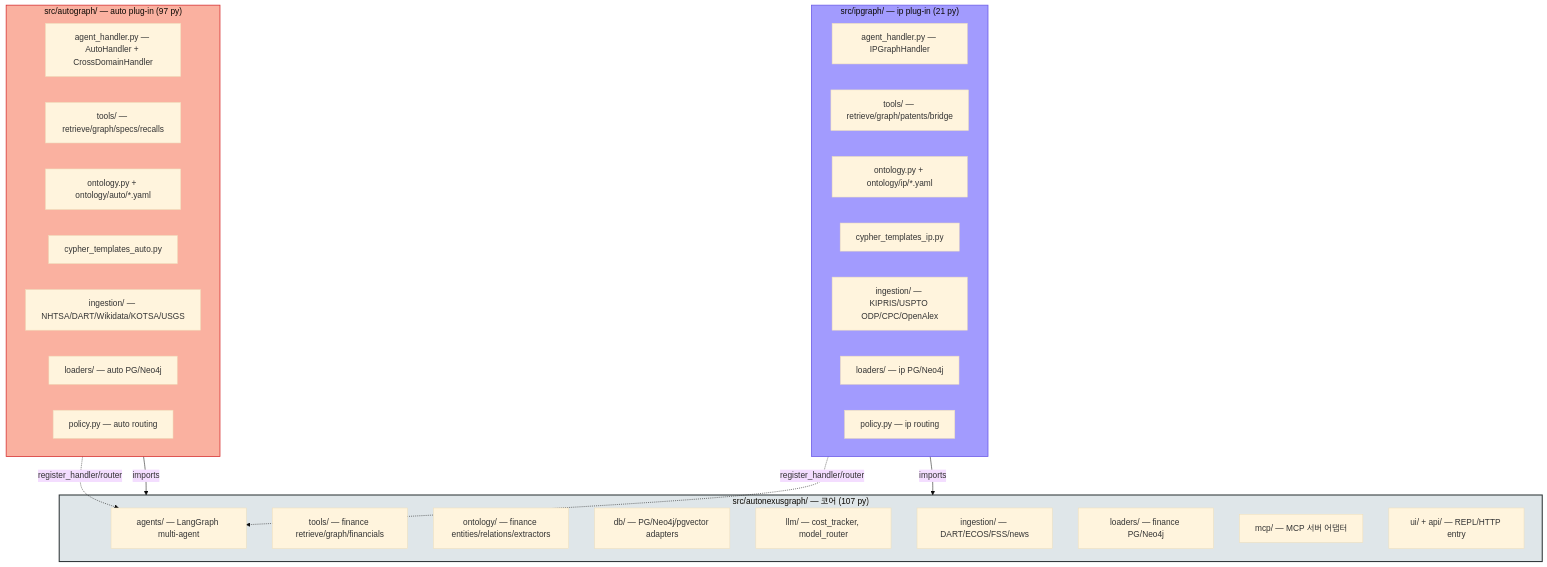
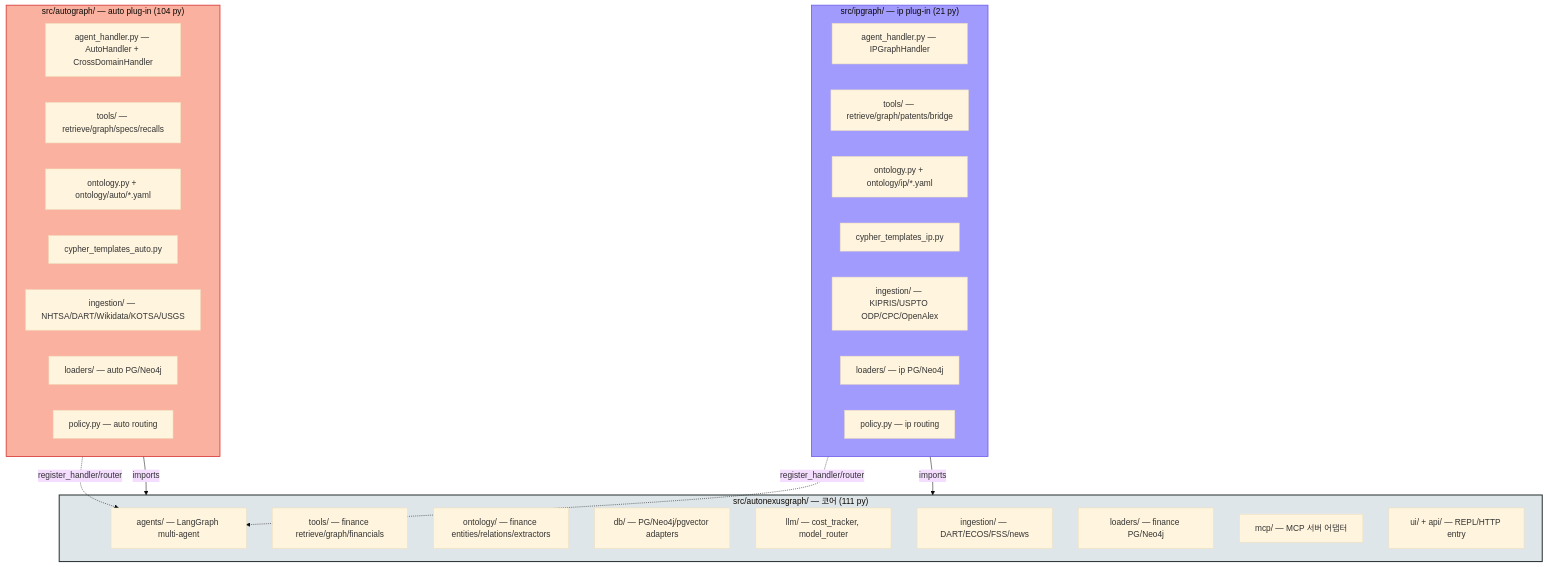
Before and after one commit to areumsim/AutoNexusGraph: the first of 3 diagrams in docs/architecture.md, drawn with Mermaid (base theme). The commit also changed other lines of this file and 8 other files, not shown here.

````diff
--- a/docs/architecture.md
+++ b/docs/architecture.md
@@ -40,46 +42,46 @@
 ```mermaid
 flowchart TD
-    subgraph Core["src/autonexusgraph/ — 코어 (107 py)"]
+    subgraph Core["src/autonexusgraph/ — 코어 (111 py)"]
         AG[agents/ — LangGraph multi-agent]
         TL[tools/ — finance retrieve/graph/financials]
         ON[ontology/ — finance entities/relations/extractors]
         DB[db/ — PG/Neo4j/pgvector adapters]
         LLM[llm/ — cost_tracker, model_router]
         IN[ingestion/ — DART/ECOS/FSS/news]
         LO[loaders/ — finance PG/Neo4j]
         MCP[mcp/ — MCP 서버 어댑터]
         UI[ui/ + api/ — REPL/HTTP entry]
     end
 
-    subgraph Auto["src/autograph/ — auto plug-in (97 py)"]
+    subgraph Auto["src/autograph/ — auto plug-in (104 py)"]
         AH[agent_handler.py — AutoHandler + CrossDomainHandler]
         AT[tools/ — retrieve/graph/specs/recalls]
         AON[ontology.py + ontology/auto/*.yaml]
         AC[cypher_templates_auto.py]
         AI[ingestion/ — NHTSA/DART/Wikidata/KOTSA/USGS]
         AL[loaders/ — auto PG/Neo4j]
         AP[policy.py — auto routing]
     end
 
     subgraph IP["src/ipgraph/ — ip plug-in (21 py)"]
         IH[agent_handler.py — IPGraphHandler]
         IT[tools/ — retrieve/graph/patents/bridge]
         ION[ontology.py + ontology/ip/*.yaml]
         IC[cypher_templates_ip.py]
         II[ingestion/ — KIPRIS/USPTO ODP/CPC/OpenAlex]
         IL[loaders/ — ip PG/Neo4j]
         IP_P[policy.py — ip routing]
     end
 
     Auto -. register_handler/router .-> AG
     IP -. register_handler/router .-> AG
     Auto -->|imports| Core
     IP -->|imports| Core
 
     classDef coreStyle fill:#dfe6e9,stroke:#2d3436,stroke-width:2px
     classDef autoStyle fill:#fab1a0,stroke:#d63031,stroke-width:1.5px
     classDef ipStyle fill:#a29bfe,stroke:#6c5ce7,stroke-width:1.5px
     class Core coreStyle
     class Auto autoStyle
     class IP ipStyle
 ```
````
